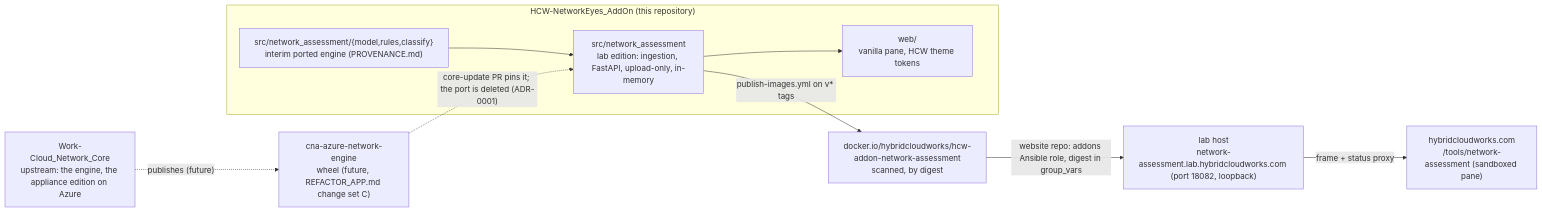
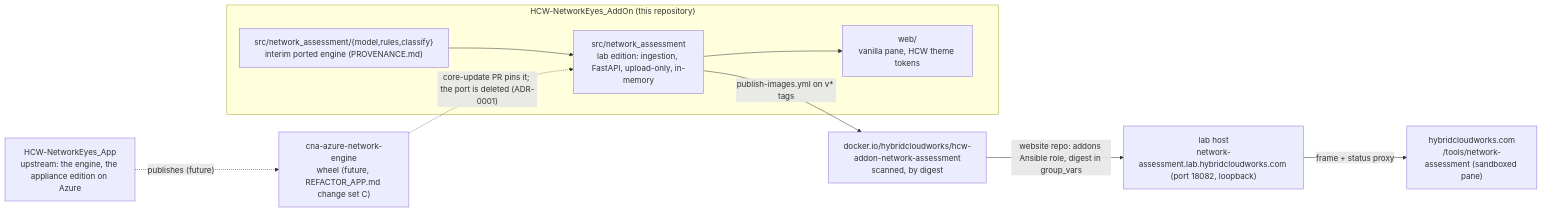
Before and after one commit to saulpatinojr/HCW-NetworkEyes_AddOn: the diagram in README.md, drawn with Mermaid. The commit also changed other lines of this file and 31 other files, not shown here.

First line of the commit message:
core: upstream is HCW-NetworkEyes_App; the engine is pinned as the release wheel by URL and hash

````diff
--- a/README.md
+++ b/README.md
@@ -29,19 +29,19 @@
 ```mermaid
 flowchart LR
-  Core["Work-Cloud_Network_Core<br/>upstream: the engine, the appliance edition on Azure"]
+  Core["HCW-NetworkEyes_App<br/>upstream: the engine, the appliance edition on Azure"]
   Wheel["cna-azure-network-engine<br/>wheel (future, REFACTOR_APP.md change set C)"]
   subgraph AddOn["HCW-NetworkEyes_AddOn (this repository)"]
     Port["src/network_assessment/{model,rules,classify}<br/>interim ported engine (PROVENANCE.md)"]
     Lab["src/network_assessment<br/>lab edition: ingestion, FastAPI, upload-only, in-memory"]
     Pane["web/<br/>vanilla pane, HCW theme tokens"]
     Port --> Lab --> Pane
   end
   Image["docker.io/hybridcloudworks/hcw-addon-network-assessment<br/>scanned, by digest"]
   Host["lab host<br/>network-assessment.lab.hybridcloudworks.com (port 18082, loopback)"]
   Site["hybridcloudworks.com<br/>/tools/network-assessment (sandboxed pane)"]
   Core -. "publishes (future)" .-> Wheel
   Wheel -. "core-update PR pins it; the port is deleted (ADR-0001)" .-> Lab
   Lab -- "publish-images.yml on v* tags" --> Image
   Image -- "website repo: addons Ansible role, digest in group_vars" --> Host
   Host -- "frame + status proxy" --> Site
 ```
````
